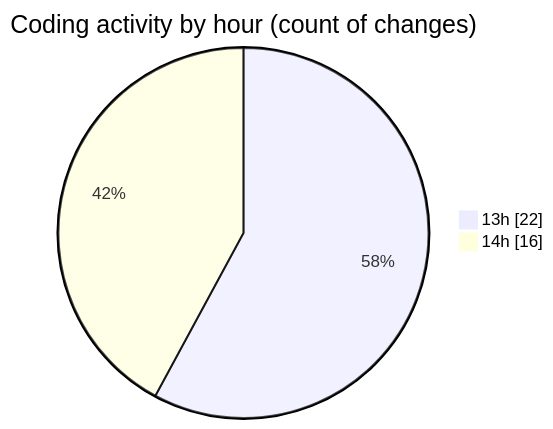
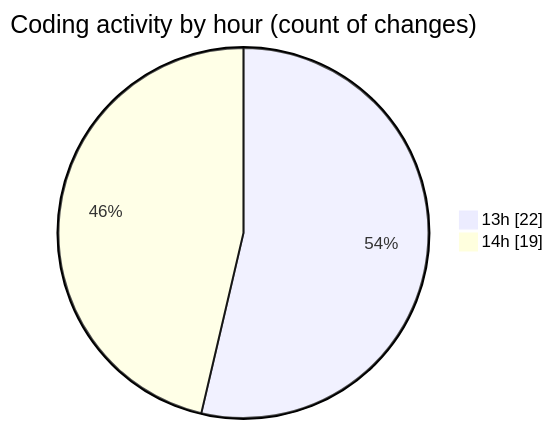
Before and after one commit to donsfak/code-tracking: the second of 2 diagrams in 2025-02-24/drivers_app/README.md, drawn with Mermaid. The commit also changed other lines of this file and 1 other file, not shown here.

````diff
--- a/2025-02-24/drivers_app/README.md
+++ b/2025-02-24/drivers_app/README.md
@@ -36,6 +38,6 @@
 ```mermaid
 pie showData
 title Coding activity by hour (count of changes)
 "13h" : 22
-"14h" : 16
+"14h" : 19
 ```
````
